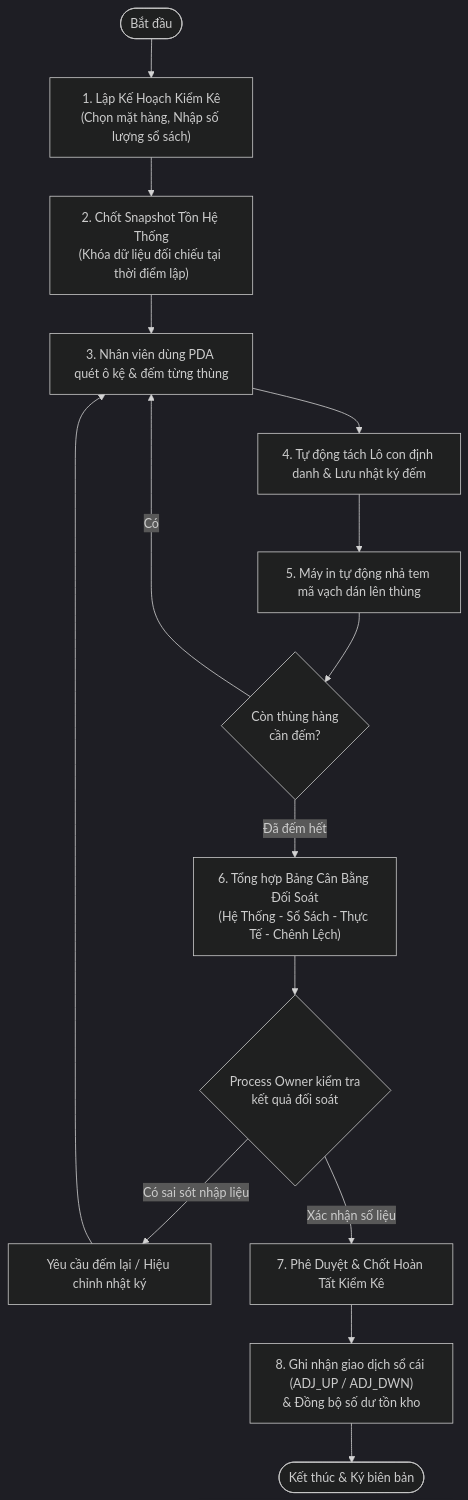
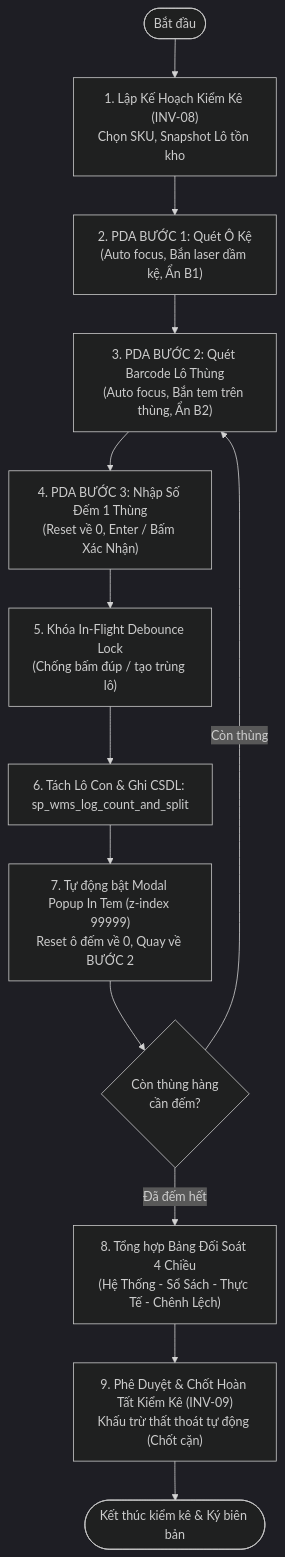
The diagram in docs/03-use-cases/UC-27_CYCLE_COUNT_CUSTOMER_PROPOSAL.md (Sohoa-KNSG/mms), drawn with Mermaid (dark theme) before and after one commit. The commit also changed other lines of this file and 26 other files, not shown here.

Commit message:
feat(inventory): implement UC-18 batch audit 3-role flow and material batch selection

````diff
--- a/docs/03-use-cases/UC-27_CYCLE_COUNT_CUSTOMER_PROPOSAL.md
+++ b/docs/03-use-cases/UC-27_CYCLE_COUNT_CUSTOMER_PROPOSAL.md
@@ -64,20 +57,15 @@
 ```mermaid
 flowchart TD
-    Start(["Bắt đầu"]) --> Step1["1. Lập Kế Hoạch Kiểm Kê<br/>(Chọn mặt hàng, Nhập số lượng sổ sách)"]
-    Step1 --> Step2["2. Chốt Snapshot Tồn Hệ Thống<br/>(Khóa dữ liệu đối chiếu tại thời điểm lập)"]
-    
-    Step2 --> Step3["3. Nhân viên dùng PDA quét ô kệ & đếm từng thùng"]
-    Step3 --> Step4["4. Tự động tách Lô con định danh & Lưu nhật ký đếm"]
-    Step4 --> Step5["5. Máy in tự động nhả tem mã vạch dán lên thùng"]
-    Step5 --> Step6{"Còn thùng hàng<br/>cần đếm?"}
-    Step6 -- Có --> Step3
-    Step6 -- Đã đếm hết --> Step7["6. Tổng hợp Bảng Cân Bằng Đối Soát<br/>(Hệ Thống - Sổ Sách - Thực Tế - Chênh Lệch)"]
-    
-    Step7 --> Step8{"Process Owner kiểm tra<br/>kết quả đối soát"}
-    Step8 -- Có sai sót nhập liệu --> Step9["Yêu cầu đếm lại / Hiệu chỉnh nhật ký"]
-    Step9 --> Step3
-    Step8 -- Xác nhận số liệu --> Step10["7. Phê Duyệt & Chốt Hoàn Tất Kiểm Kê"]
-    
-    Step10 --> Step11["8. Ghi nhận giao dịch sổ cái (ADJ_UP / ADJ_DWN)<br/>& Đồng bộ số dư tồn kho"]
-    Step11 --> End(["Kết thúc & Ký biên bản"])
+    Start(["Bắt đầu"]) --> Step1["1. Lập Kế Hoạch Kiểm Kê (INV-08)<br/>Chọn SKU, Snapshot Lô tồn kho"]
+    Step1 --> Step2["2. PDA BƯỚC 1: Quét Ô Kệ<br/>(Auto focus, Bắn laser dầm kệ, Ẩn B1)"]
+    Step2 --> Step3["3. PDA BƯỚC 2: Quét Barcode Lô Thùng<br/>(Auto focus, Bắn tem trên thùng, Ẩn B2)"]
+    Step3 --> Step4["4. PDA BƯỚC 3: Nhập Số Đếm 1 Thùng<br/>(Reset về 0, Enter / Bấm Xác Nhận)"]
+    Step4 --> Lock["5. Khóa In-Flight Debounce Lock<br/>(Chống bấm đúp / tạo trùng lô)"]
+    Lock --> Split["6. Tách Lô Con & Ghi CSDL: sp_wms_log_count_and_split"]
+    Split --> Popup["7. Tự động bật Modal Popup In Tem (z-index 99999)<br/>Reset ô đếm về 0, Quay về BƯỚC 2"]
+    Popup --> Next{"Còn thùng hàng<br/>cần đếm?"}
+    Next -- Còn thùng --> Step3
+    Next -- Đã đếm hết --> Reconcile["8. Tổng hợp Bảng Đối Soát 4 Chiều<br/>(Hệ Thống - Sổ Sách - Thực Tế - Chênh Lệch)"]
+    Reconcile --> Finish["9. Phê Duyệt & Chốt Hoàn Tất Kiểm Kê (INV-09)<br/>Khấu trừ thất thoát tự động (Chốt cặn)"]
+    Finish --> End(["Kết thúc kiểm kê & Ký biên bản"])
 ```
````
